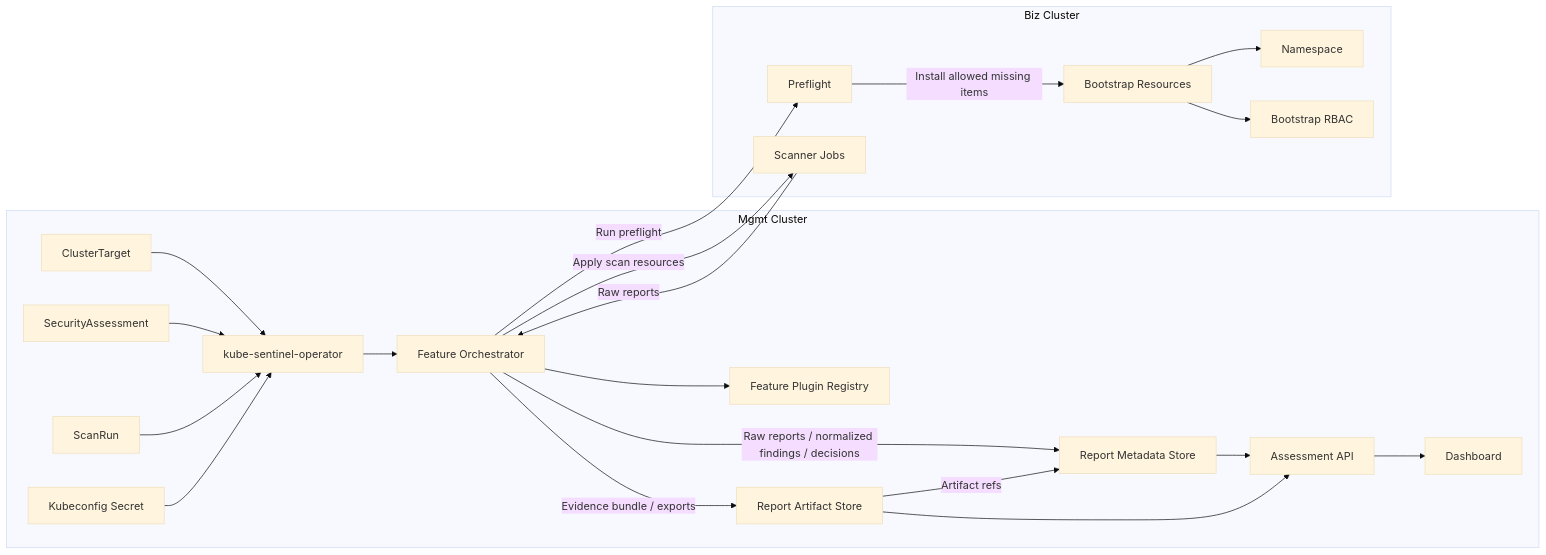
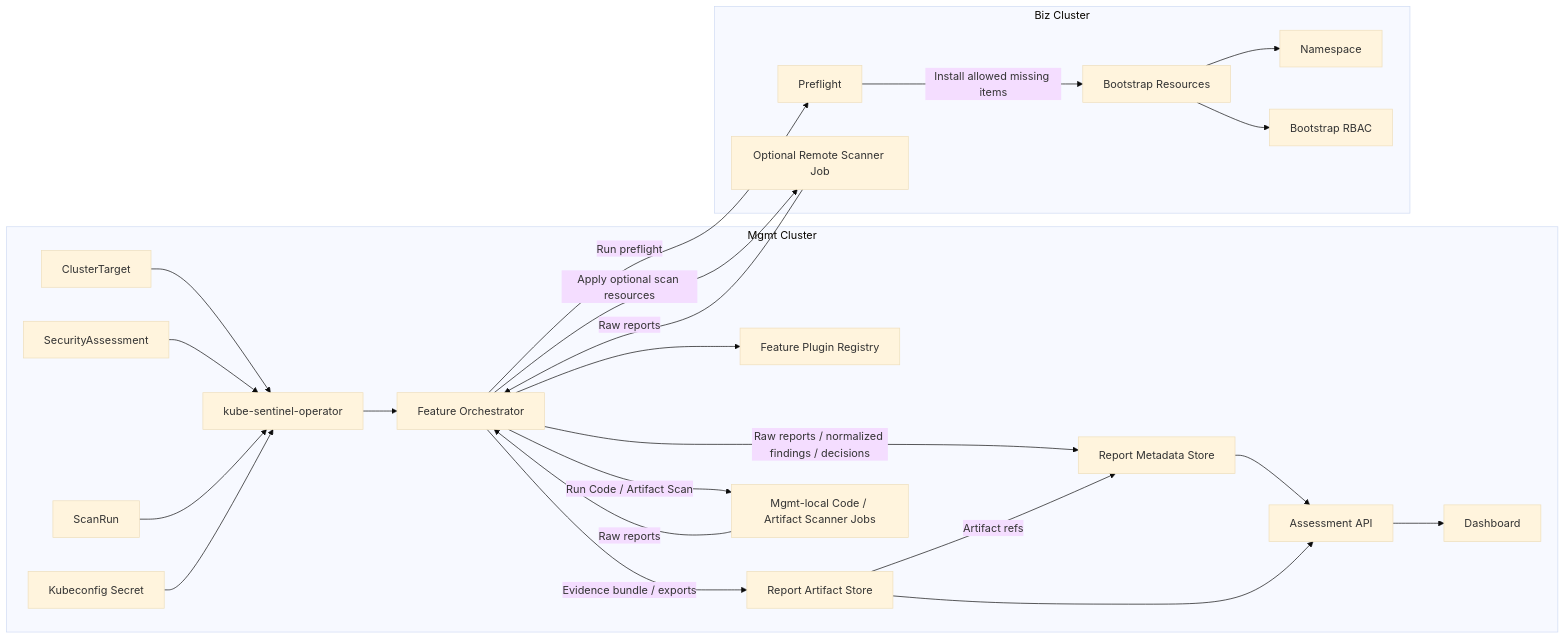
One commit to bocopile/kube-sentinel changed the diagram in docs/ARCHITECTURE.md. Above: the diagram before and after it, drawn with Mermaid (base theme). The commit also changed other lines of this file and 8 other files, not shown here.

````diff
--- a/docs/ARCHITECTURE.md
+++ b/docs/ARCHITECTURE.md
@@ -50,44 +50,47 @@
 ```mermaid
 flowchart LR
     subgraph mgmt["Mgmt Cluster"]
         controller["kube-sentinel-operator"]
         orchestrator["Feature Orchestrator"]
         registry["Feature Plugin Registry"]
         target_cr["ClusterTarget"]
         assessment_cr["SecurityAssessment"]
         scanrun_cr["ScanRun"]
         kubeconfig_secret["Kubeconfig Secret"]
         metadata_store["Report Metadata Store"]
         artifact_store["Report Artifact Store"]
         assessment_api["Assessment API"]
         dashboard["Dashboard"]
+        mgmt_scanners["Mgmt-local Code / Artifact Scanner Jobs"]
     end
 
     subgraph biz["Biz Cluster"]
         preflight["Preflight"]
         bootstrap["Bootstrap Resources"]
         ns["Namespace"]
         rbac["Bootstrap RBAC"]
-        scanners["Scanner Jobs"]
+        remote_scanners["Optional Remote Scanner Job"]
     end
 
     target_cr --> controller
     assessment_cr --> controller
     scanrun_cr --> controller
     kubeconfig_secret --> controller
     controller --> orchestrator
     orchestrator --> registry
 
     orchestrator -->|"Run preflight"| preflight
     preflight -->|"Install allowed missing items"| bootstrap
     bootstrap --> ns
     bootstrap --> rbac
-    orchestrator -->|"Apply scan resources"| scanners
-    scanners -->|"Raw reports"| orchestrator
+    orchestrator -->|"Run Code / Artifact Scan"| mgmt_scanners
+    mgmt_scanners -->|"Raw reports"| orchestrator
+    orchestrator -->|"Apply optional scan resources"| remote_scanners
+    remote_scanners -->|"Raw reports"| orchestrator
     orchestrator -->|"Raw reports / normalized findings / decisions"| metadata_store
     orchestrator -->|"Evidence bundle / exports"| artifact_store
     artifact_store -->|"Artifact refs"| metadata_store
     metadata_store --> assessment_api
     artifact_store --> assessment_api
     assessment_api --> dashboard
 ```
````
